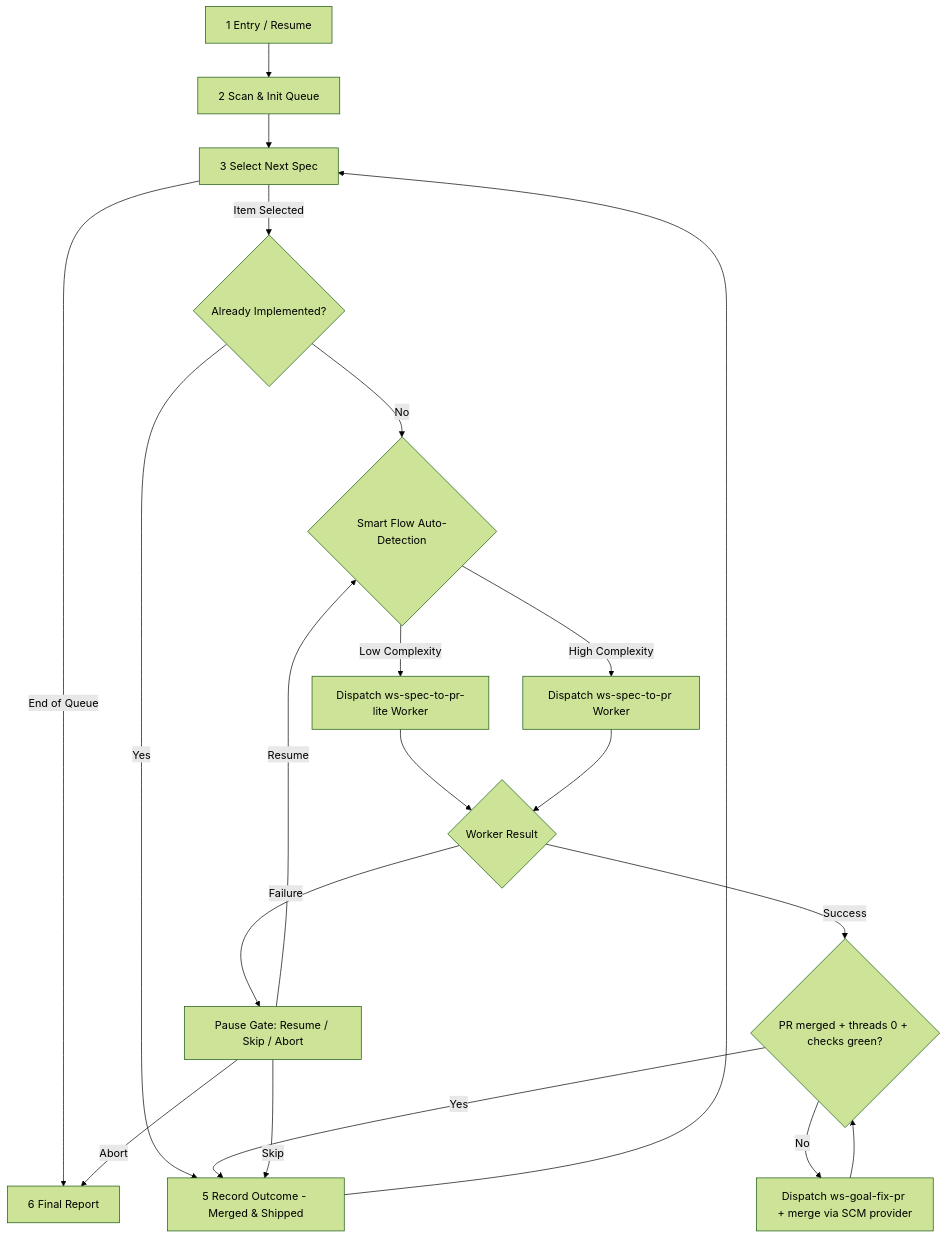
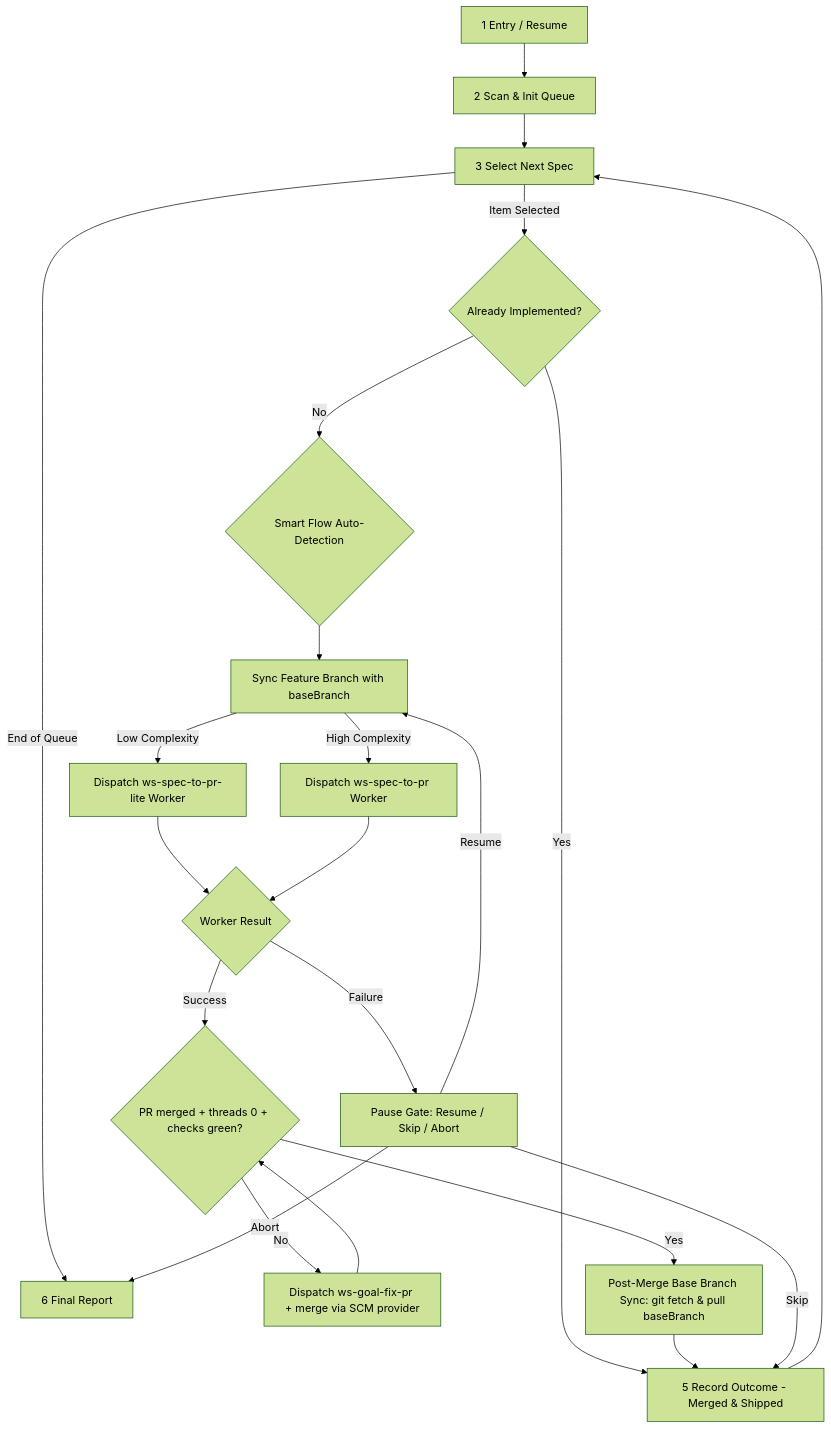
One commit to jpolvora/cursor-server changed the diagram in .agents/skills/ws-multi-spec/PROTOCOL.md. Above: the diagram before and after it, drawn with Mermaid (forest theme). The commit also changed other lines of this file and 134 other files, not shown here.

````diff
--- a/.agents/skills/ws-multi-spec/PROTOCOL.md
+++ b/.agents/skills/ws-multi-spec/PROTOCOL.md
@@ -7,22 +7,24 @@
 ```mermaid
 flowchart TD
   P1[1 Entry / Resume] --> P2[2 Scan & Init Queue]
   P2 --> P3[3 Select Next Spec]
   P3 -->|End of Queue| P6[6 Final Report]
   P3 -->|Item Selected| Probe{Already Implemented?}
   Probe -->|Yes| P5[5 Record Outcome - Skipped]
   Probe -->|No| FlowDetect{Smart Flow Auto-Detection}
-  FlowDetect -->|Low Complexity| DispatchLite[Dispatch ws-spec-to-pr-lite Worker]
-  FlowDetect -->|High Complexity| DispatchFull[Dispatch ws-spec-to-pr Worker]
+  FlowDetect --> BaseSync[Sync Feature Branch with baseBranch]
+  BaseSync -->|Low Complexity| DispatchLite[Dispatch ws-spec-to-pr-lite Worker]
+  BaseSync -->|High Complexity| DispatchFull[Dispatch ws-spec-to-pr Worker]
   DispatchLite --> WorkerOutcome
   DispatchFull --> WorkerOutcome
   WorkerOutcome{Worker Result} -->|Success| ConvergeGate{PR merged + threads 0 + checks green?}
   WorkerOutcome -->|Failure| PauseGate[Pause Gate: Resume / Skip / Abort]
   ConvergeGate -->|No| RunGoalFixPr[Dispatch ws-goal-fix-pr + merge via SCM provider]
   RunGoalFixPr --> ConvergeGate
-  ConvergeGate -->|Yes| P5[5 Record Outcome - Merged & Shipped]
-  PauseGate -->|Resume| FlowDetect
+  ConvergeGate -->|Yes| PostMergeSync[Post-Merge Base Branch Sync: git fetch & pull baseBranch]
+  PostMergeSync --> P5[5 Record Outcome - Merged & Shipped]
+  PauseGate -->|Resume| BaseSync
   PauseGate -->|Skip| P5
   PauseGate -->|Abort| P6
   P5 --> P3
 ```
````
